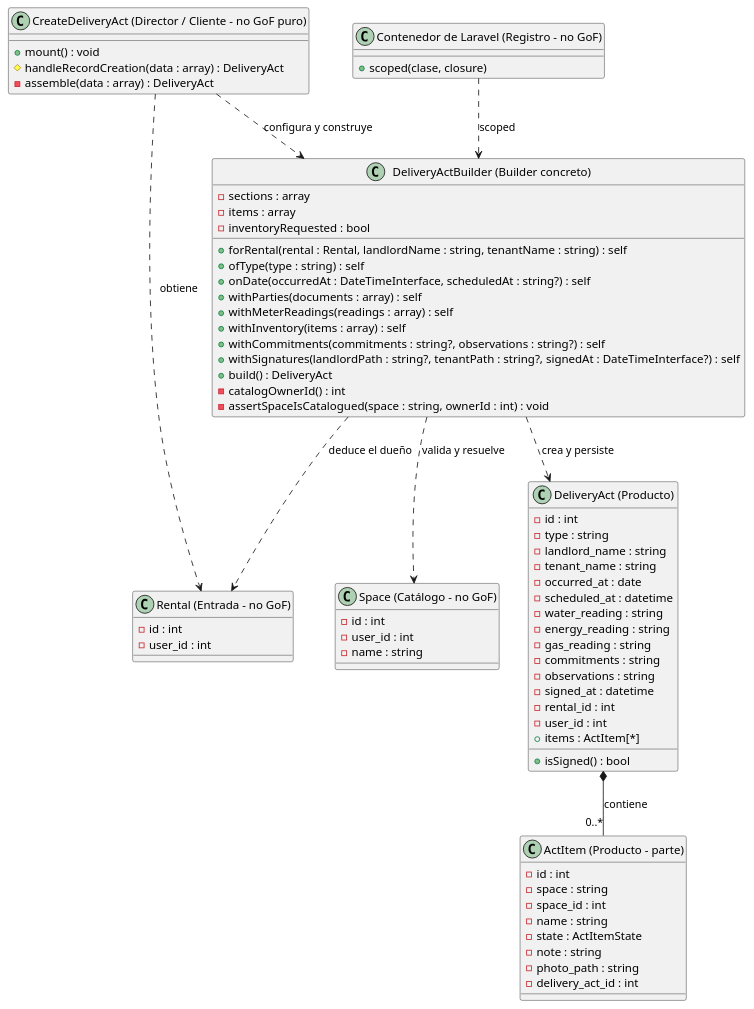
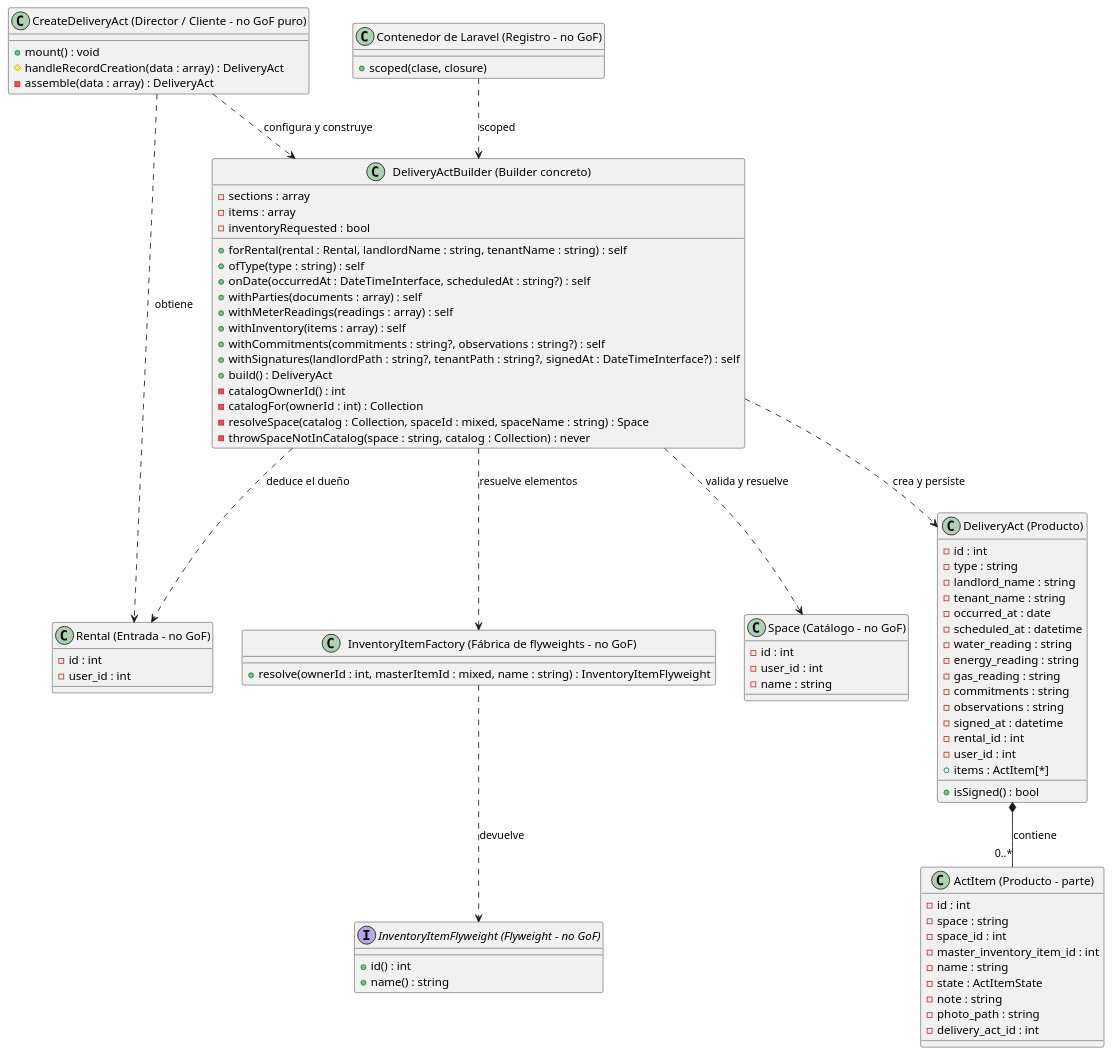
One commit to diegocastro-ac/prometheus changed the diagram in docs/Patrones creacionales/Builder.md. Above: the diagram before and after it, drawn with PlantUML. The commit also changed other lines of this file and 7 other files, not shown here.

```diff
--- a/docs/Patrones creacionales/Builder.md
+++ b/docs/Patrones creacionales/Builder.md
@@ -73,7 +73,9 @@
   + withSignatures(landlordPath : string?, tenantPath : string?, signedAt : DateTimeInterface?) : self
   + build() : DeliveryAct
   - catalogOwnerId() : int
-  - assertSpaceIsCatalogued(space : string, ownerId : int) : void
+  - catalogFor(ownerId : int) : Collection
+  - resolveSpace(catalog : Collection, spaceId : mixed, spaceName : string) : Space
+  - throwSpaceNotInCatalog(space : string, catalog : Collection) : never
 }
 
 class "DeliveryAct (Producto)" as DeliveryAct {
@@ -99,11 +101,21 @@
   - id : int
   - space : string
   - space_id : int
+  - master_inventory_item_id : int
   - name : string
   - state : ActItemState
   - note : string
   - photo_path : string
   - delivery_act_id : int
+}
+
+interface "InventoryItemFlyweight (Flyweight - no GoF)" as InventoryItemFlyweight {
+  + id() : int
+  + name() : string
+}
+
+class "InventoryItemFactory (Fábrica de flyweights - no GoF)" as InventoryItemFactory {
+  + resolve(ownerId : int, masterItemId : mixed, name : string) : InventoryItemFlyweight
 }
 
 class "Rental (Entrada - no GoF)" as Rental {
@@ -126,6 +138,8 @@
 DeliveryActBuilder ..> DeliveryAct : crea y persiste
 DeliveryActBuilder ..> Rental : deduce el dueño
 DeliveryActBuilder ..> Space : valida y resuelve
+DeliveryActBuilder ..> InventoryItemFactory : resuelve elementos
+InventoryItemFactory ..> InventoryItemFlyweight : devuelve
 DeliveryAct *-- "0..*" ActItem : contiene
 Container ..> DeliveryActBuilder : scoped
 @enduml
```
